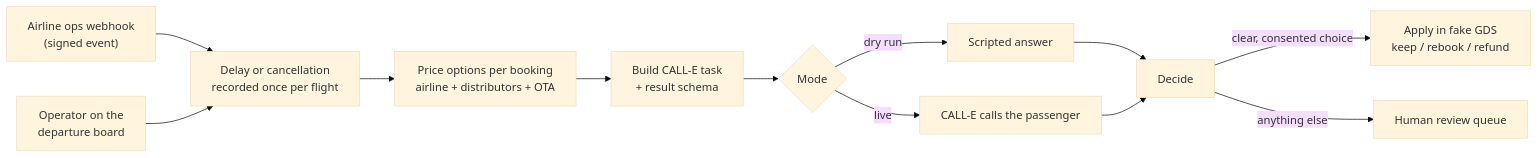
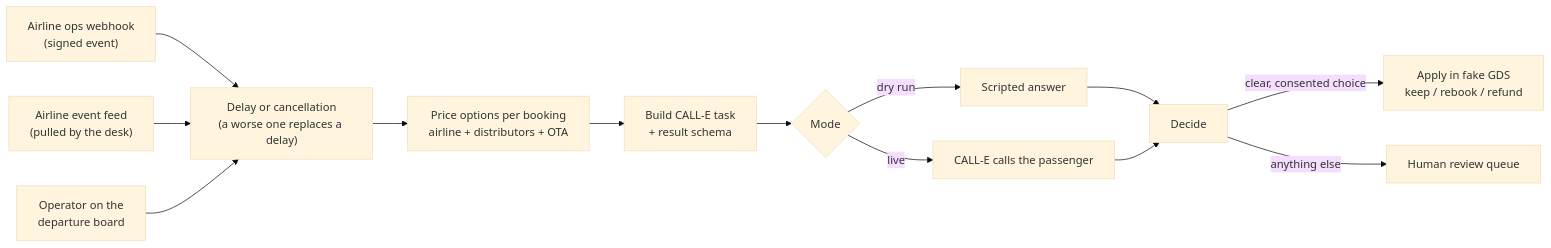
One commit to CALLE-AI/awesome-phone-call-agents changed the first of 2 diagrams in apps/typescript/flight-disruption-agent/README.md. Above: the diagram before and after it, drawn with Mermaid (base theme). The commit also changed other lines of this file and 1 other file, not shown here.

First line of the commit message:
docs(flight-disruption-agent): document escalation, the event feed, refund escalation, and channels

````diff
--- a/apps/typescript/flight-disruption-agent/README.md
+++ b/apps/typescript/flight-disruption-agent/README.md
@@ -36,14 +36,15 @@
 ```mermaid
 flowchart LR
     W["Airline ops webhook<br/>(signed event)"] --> A
+    P["Airline event feed<br/>(pulled by the desk)"] --> A
     O["Operator on the<br/>departure board"] --> A
-    A["Delay or cancellation<br/>recorded once per flight"] --> B["Price options per booking<br/>airline + distributors + OTA"]
+    A["Delay or cancellation<br/>(a worse one replaces a delay)"] --> B["Price options per booking<br/>airline + distributors + OTA"]
     B --> C["Build CALL-E task<br/>+ result schema"]
     C --> D{"Mode"}
     D -- "dry run" --> E["Scripted answer"]
     D -- "live" --> F["CALL-E calls the passenger"]
     E --> G["Decide"]
     F --> G
     G -- "clear, consented choice" --> H["Apply in fake GDS<br/>keep / rebook / refund"]
     G -- "anything else" --> I["Human review queue"]
 ```
````
